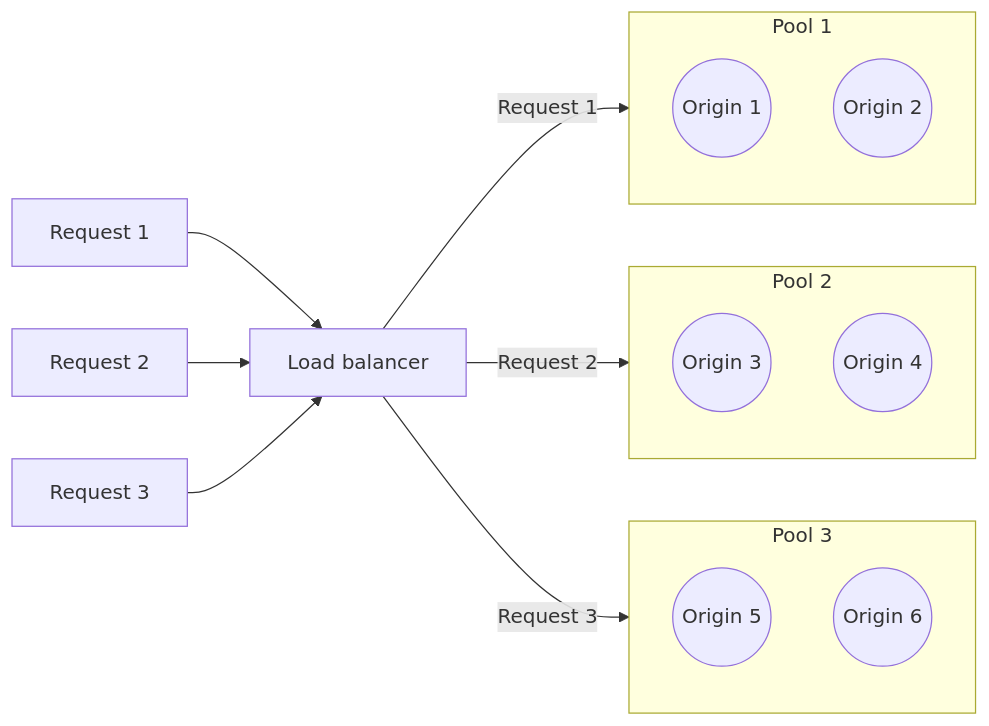
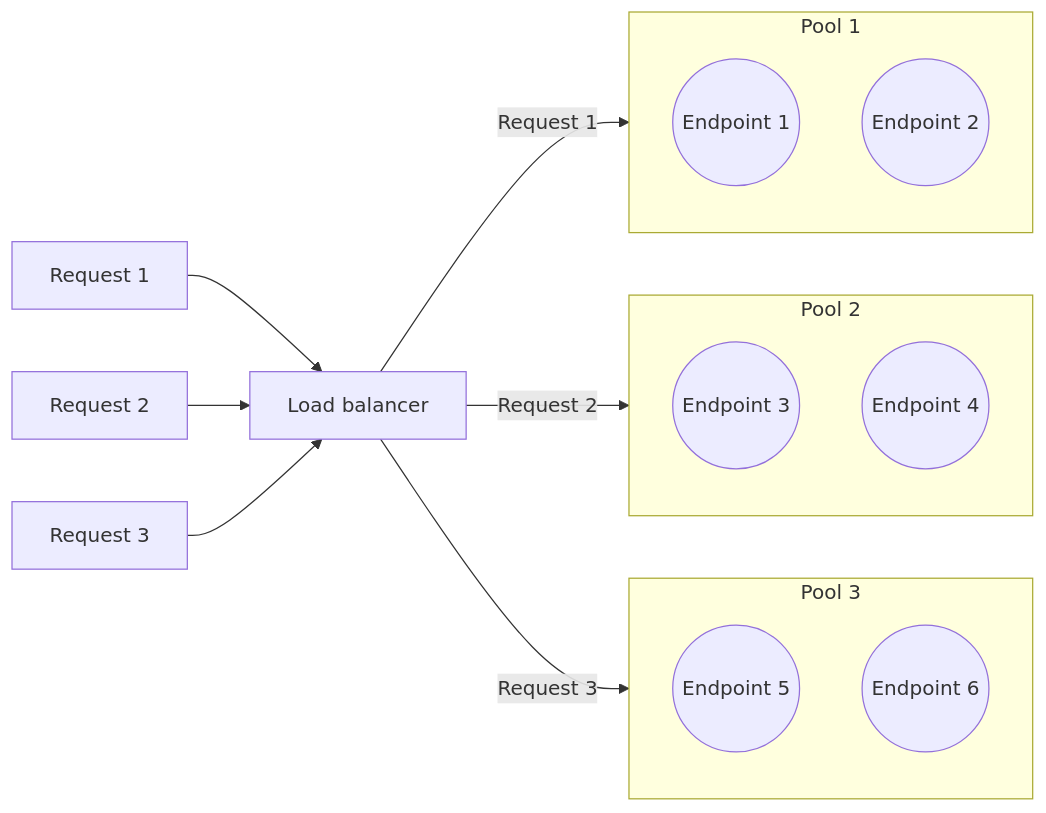
Before and after one commit to rdhanarot/cloudflare-docs: the diagram in content/load-balancing/_partials/_load-balancing-diagram.md, drawn with Mermaid. The commit also changed 145 other files, not shown here.

First line of the commit message:
[LB] Adjust terminology - origin servers to endpoints (#13641)

````diff
--- a/content/load-balancing/_partials/_load-balancing-diagram.md
+++ b/content/load-balancing/_partials/_load-balancing-diagram.md
@@ -8,23 +8,23 @@
 ```mermaid
     flowchart LR
       accTitle: Load balancing flow
-      accDescr: Load balancing involves a load balancer, pools, origins, monitors, and health monitors.
+      accDescr: Load balancing involves a load balancer, pools, endpoints, monitors, and health monitors.
       B[Request 1] --> A
       C[Request 2] --> A
       D[Request 3] --> A
       A[Load balancer] -- Request 1 --> P1
       A -- Request 2 --> P2
       A -- Request 3 --> P3
       subgraph P1 [Pool 1]
-      Origin1((Origin 1))
-      Origin2((Origin 2))
+      Endpoint1((Endpoint 1))
+      Endpoint2((Endpoint 2))
       end
       subgraph P2 [Pool 2]
-      Origin3((Origin 3))
-      Origin4((Origin 4))
+      Endpoint3((Endpoint 3))
+      Endpoint4((Endpoint 4))
       end
       subgraph P3 [Pool 3]
-      Origin5((Origin 5))
-      Origin6((Origin 6))
+      Endpoint5((Endpoint 5))
+      Endpoint6((Endpoint 6))
       end
 ```
````
